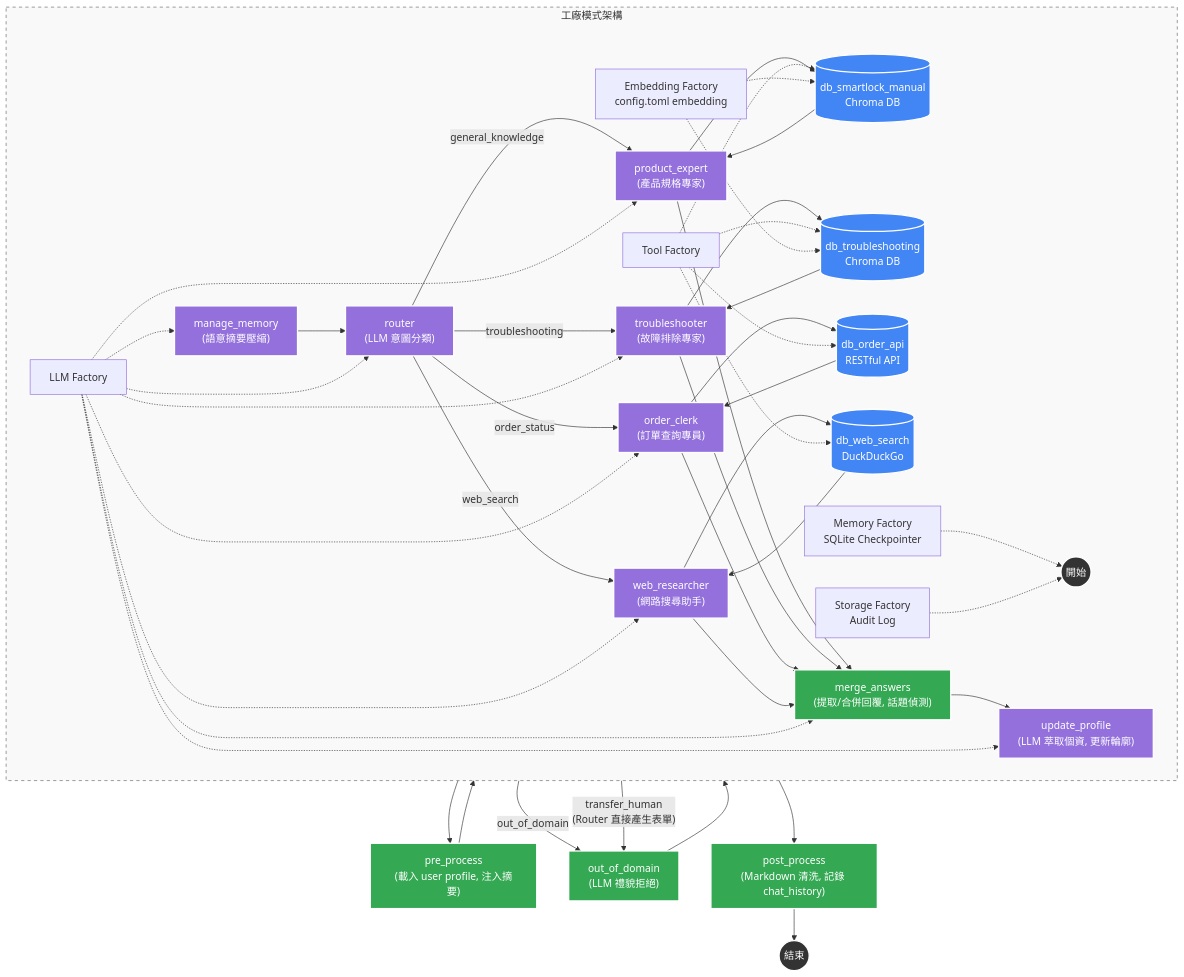
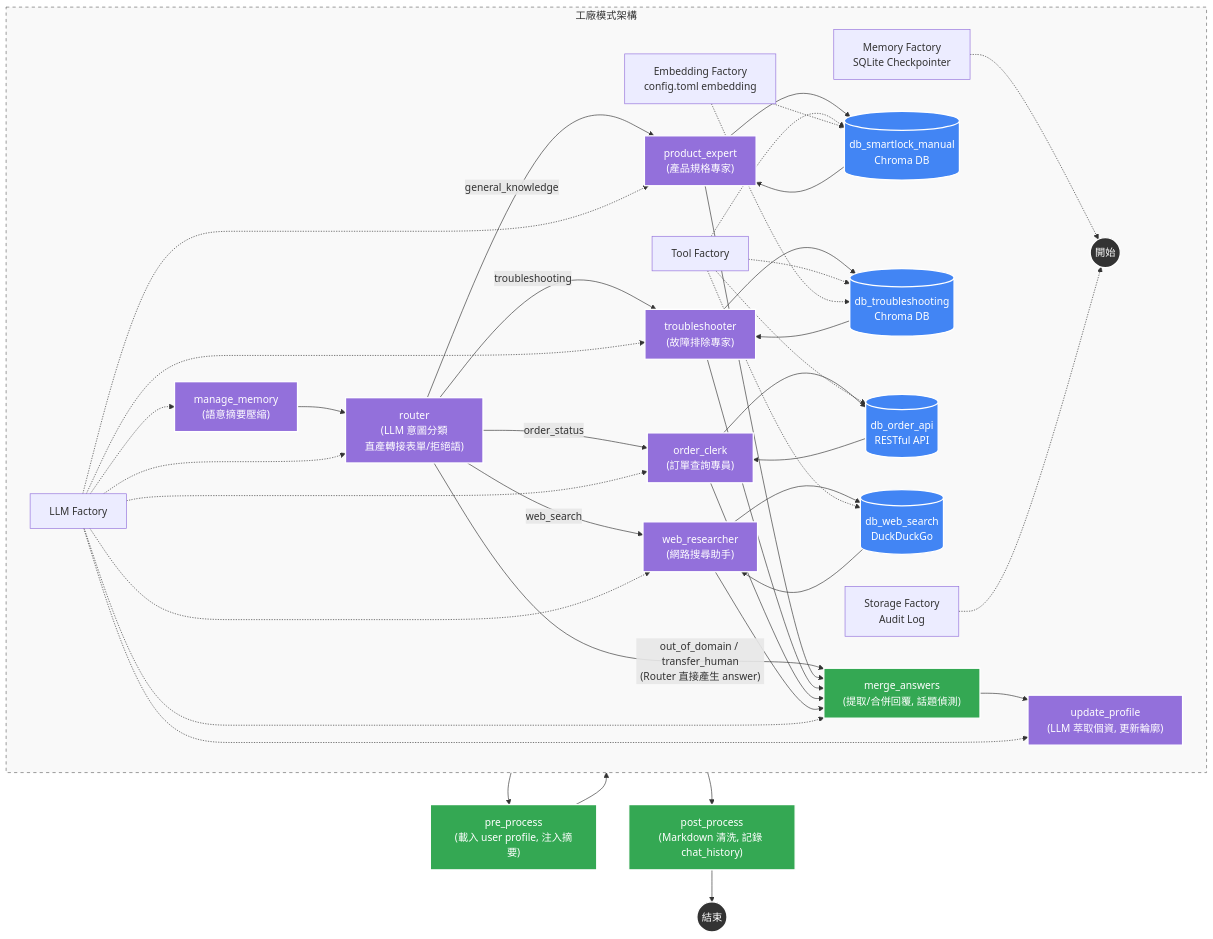
Before and after one commit to Imding1211/lock_AI_Agent: the first of 5 diagrams in docs/manuals/系統架構與流程圖.md, drawn with Mermaid. The commit also changed other lines of this file and 3 other files, not shown here.

First line of the commit message:
refactor: 移除 out_of_domain 獨立節點，router 統一處理領域外與轉接真人意圖

````diff
--- a/docs/manuals/系統架構與流程圖.md
+++ b/docs/manuals/系統架構與流程圖.md
@@ -3,56 +3,54 @@
 ```mermaid
 graph TD
     %% 節點樣式定義
     classDef startEnd fill:#333,stroke:#fff,stroke-width:2px,color:#fff;
     classDef llmNode fill:#9370DB,stroke:#fff,stroke-width:2px,color:#fff;
     classDef decision fill:#ff9900,stroke:#333,stroke-width:2px;
     classDef dbNode fill:#4285f4,stroke:#fff,stroke-width:2px,color:#fff;
     classDef actionNode fill:#34a853,stroke:#fff,stroke-width:2px,color:#fff;
     classDef note fill:#f9f9f9,stroke:#666,stroke-dasharray: 5 5;
 
     %% 核心流程
     START((開始)):::startEnd --> pre_process["pre_process<br/>(載入 user profile, 注入摘要)"]:::actionNode
     pre_process --> manage_memory["manage_memory<br/>(語意摘要壓縮)"]:::llmNode
-    manage_memory --> router["router<br/>(LLM 意圖分類)"]:::llmNode
+    manage_memory --> router["router<br/>(LLM 意圖分類<br/>直產轉接表單/拒絕語)"]:::llmNode
 
     %% 意圖分流（Send() fan-out，多意圖可平行派發）
     router -- "general_knowledge" --> PE["product_expert<br/>(產品規格專家)"]:::llmNode
     router -- "troubleshooting" --> TS["troubleshooter<br/>(故障排除專家)"]:::llmNode
     router -- "order_status" --> OC["order_clerk<br/>(訂單查詢專員)"]:::llmNode
     router -- "web_search" --> WR["web_researcher<br/>(網路搜尋助手)"]:::llmNode
-    router -- "out_of_domain" --> OOD["out_of_domain<br/>(LLM 禮貌拒絕)"]:::actionNode
-    router -- "transfer_human<br/>(Router 直接產生表單)" --> OOD
+    router -- "out_of_domain / transfer_human<br/>(Router 直接產生 answer)" --> merge_answers
 
     %% Agent 子圖（agent_llm ↔ tool_node 迴圈）
     PE --> PE_TOOL[("db_smartlock_manual<br/>Chroma DB")]:::dbNode
     TS --> TS_TOOL[("db_troubleshooting<br/>Chroma DB")]:::dbNode
     OC --> OC_TOOL[("db_order_api<br/>RESTful API")]:::dbNode
     WR --> WR_TOOL[("db_web_search<br/>DuckDuckGo")]:::dbNode
 
     PE_TOOL --> PE
     TS_TOOL --> TS
     OC_TOOL --> OC
     WR_TOOL --> WR
 
     %% 匯流
     PE --> merge_answers["merge_answers<br/>(提取/合併回覆, 話題偵測)"]:::actionNode
     TS --> merge_answers
     OC --> merge_answers
     WR --> merge_answers
-    OOD --> merge_answers
     merge_answers --> update_profile["update_profile<br/>(LLM 萃取個資, 更新輪廓)"]:::llmNode
     update_profile --> post_process["post_process<br/>(Markdown 清洗, 記錄 chat_history)"]:::actionNode
     post_process --> END((結束)):::startEnd
 
     %% 底層支援
     subgraph Support_Layer [工廠模式架構]
         direction LR
         f1[LLM Factory] -.-> manage_memory & router & PE & TS & OC & WR & merge_answers & update_profile
         f2[Memory Factory<br/>SQLite Checkpointer] -.-> START
         f3[Tool Factory] -.-> PE_TOOL & TS_TOOL & OC_TOOL & WR_TOOL
         f4[Storage Factory<br/>Audit Log] -.-> START
         f5[Embedding Factory<br/>config.toml embedding] -.-> PE_TOOL & TS_TOOL
     end
     class Support_Layer note
 
 ```
````
